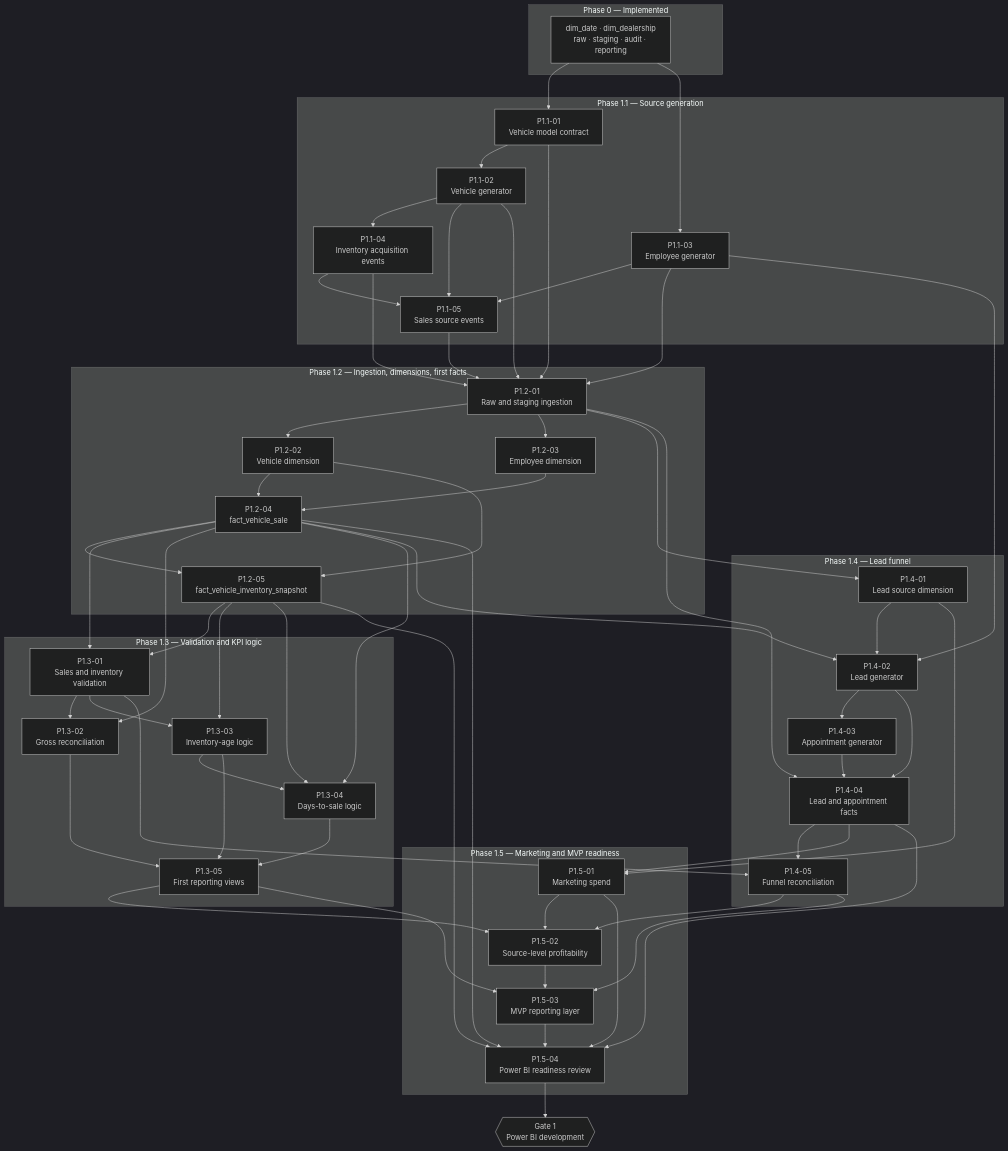
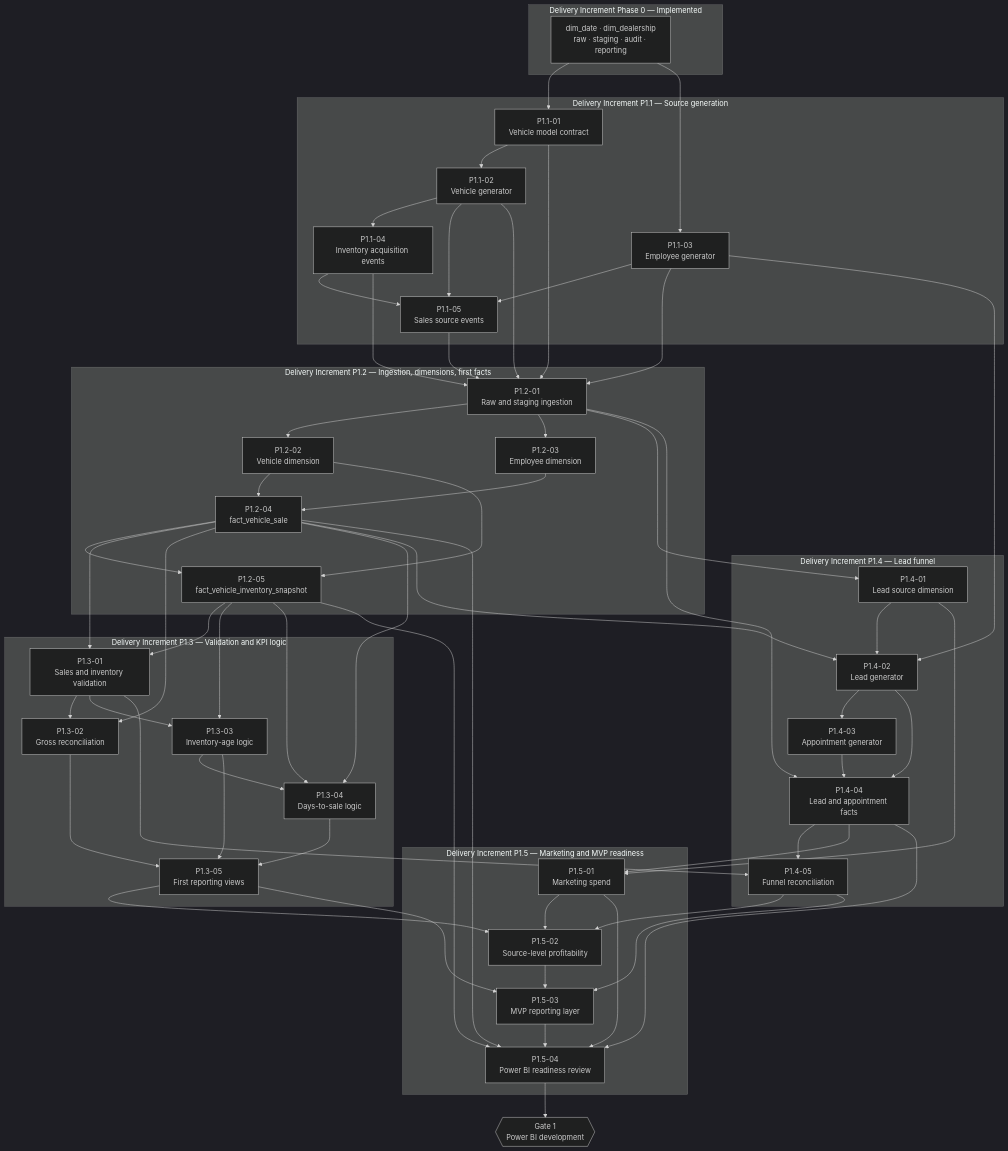
One commit to mpalmer79/Automotive-Retail-Performance-Intelligence changed the diagram in docs/requirements/PHASE_1_BACKLOG.md. Above: the diagram before and after it, drawn with Mermaid (dark theme). The commit also changed other lines of this file and 1 other file, not shown here.

First line of the commit message:
Separate lifecycle phases from delivery increments in the architecture

````diff
--- a/docs/requirements/PHASE_1_BACKLOG.md
+++ b/docs/requirements/PHASE_1_BACKLOG.md
@@ -827,10 +835,10 @@
 ```mermaid
 flowchart TB
-    subgraph P0["Phase 0 — Implemented"]
+    subgraph P0["Delivery Increment Phase 0 — Implemented"]
         D0["dim_date · dim_dealership<br/>raw · staging · audit · reporting"]
     end
 
-    subgraph P11["Phase 1.1 — Source generation"]
+    subgraph P11["Delivery Increment P1.1 — Source generation"]
         A1["P1.1-01<br/>Vehicle model contract"]
         A2["P1.1-02<br/>Vehicle generator"]
         A3["P1.1-03<br/>Employee generator"]
@@ -838,7 +846,7 @@
         A5["P1.1-05<br/>Sales source events"]
     end
 
-    subgraph P12["Phase 1.2 — Ingestion, dimensions, first facts"]
+    subgraph P12["Delivery Increment P1.2 — Ingestion, dimensions, first facts"]
         B1["P1.2-01<br/>Raw and staging ingestion"]
         B2["P1.2-02<br/>Vehicle dimension"]
         B3["P1.2-03<br/>Employee dimension"]
@@ -846,7 +854,7 @@
         B5["P1.2-05<br/>fact_vehicle_inventory_snapshot"]
     end
 
-    subgraph P13["Phase 1.3 — Validation and KPI logic"]
+    subgraph P13["Delivery Increment P1.3 — Validation and KPI logic"]
         C1["P1.3-01<br/>Sales and inventory validation"]
         C2["P1.3-02<br/>Gross reconciliation"]
         C3["P1.3-03<br/>Inventory-age logic"]
@@ -854,7 +862,7 @@
         C5["P1.3-05<br/>First reporting views"]
     end
 
-    subgraph P14["Phase 1.4 — Lead funnel"]
+    subgraph P14["Delivery Increment P1.4 — Lead funnel"]
         E1["P1.4-01<br/>Lead source dimension"]
         E2["P1.4-02<br/>Lead generator"]
         E3["P1.4-03<br/>Appointment generator"]
@@ -862,7 +870,7 @@
         E5["P1.4-05<br/>Funnel reconciliation"]
     end
 
-    subgraph P15["Phase 1.5 — Marketing and MVP readiness"]
+    subgraph P15["Delivery Increment P1.5 — Marketing and MVP readiness"]
         F1["P1.5-01<br/>Marketing spend"]
         F2["P1.5-02<br/>Source-level profitability"]
         F3["P1.5-03<br/>MVP reporting layer"]
````
